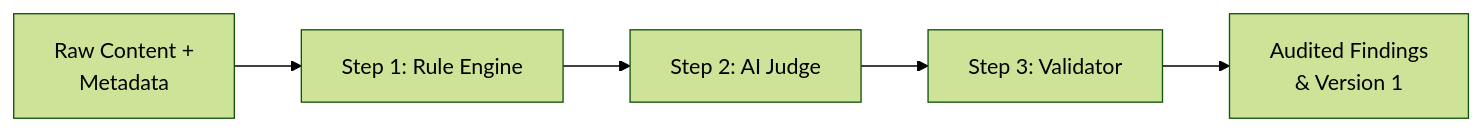
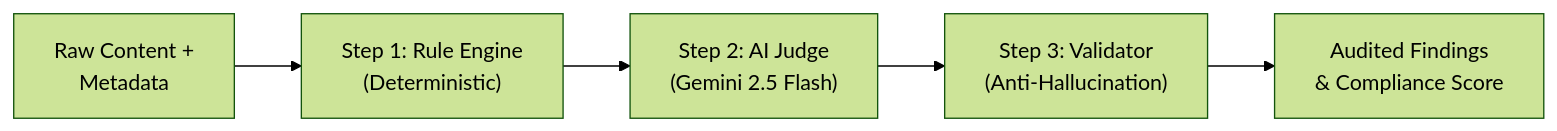
Before and after one commit to Shaurya0117/brandsentry: the second of 2 diagrams in README.md, drawn with Mermaid (forest theme). The commit also changed other lines of this file and 1 other file, not shown here.

Commit message:
docs: add comprehensive README with architecture, pipeline, and docs/TESTING.md test matrix

````diff
--- a/README.md
+++ b/README.md
@@ -80,7 +91,7 @@
 ```mermaid
 flowchart LR
-    A["Raw Content +\nMetadata"] --> B["Step 1: Rule Engine"]
-    B --> C["Step 2: AI Judge"]
-    C --> D["Step 3: Validator"]
-    D --> E["Audited Findings\n& Version 1"]
+    A["Raw Content +\nMetadata"] --> B["Step 1: Rule Engine\n(Deterministic)"]
+    B --> C["Step 2: AI Judge\n(Gemini 2.5 Flash)"]
+    C --> D["Step 3: Validator\n(Anti-Hallucination)"]
+    D --> E["Audited Findings\n& Compliance Score"]
 ```
````
